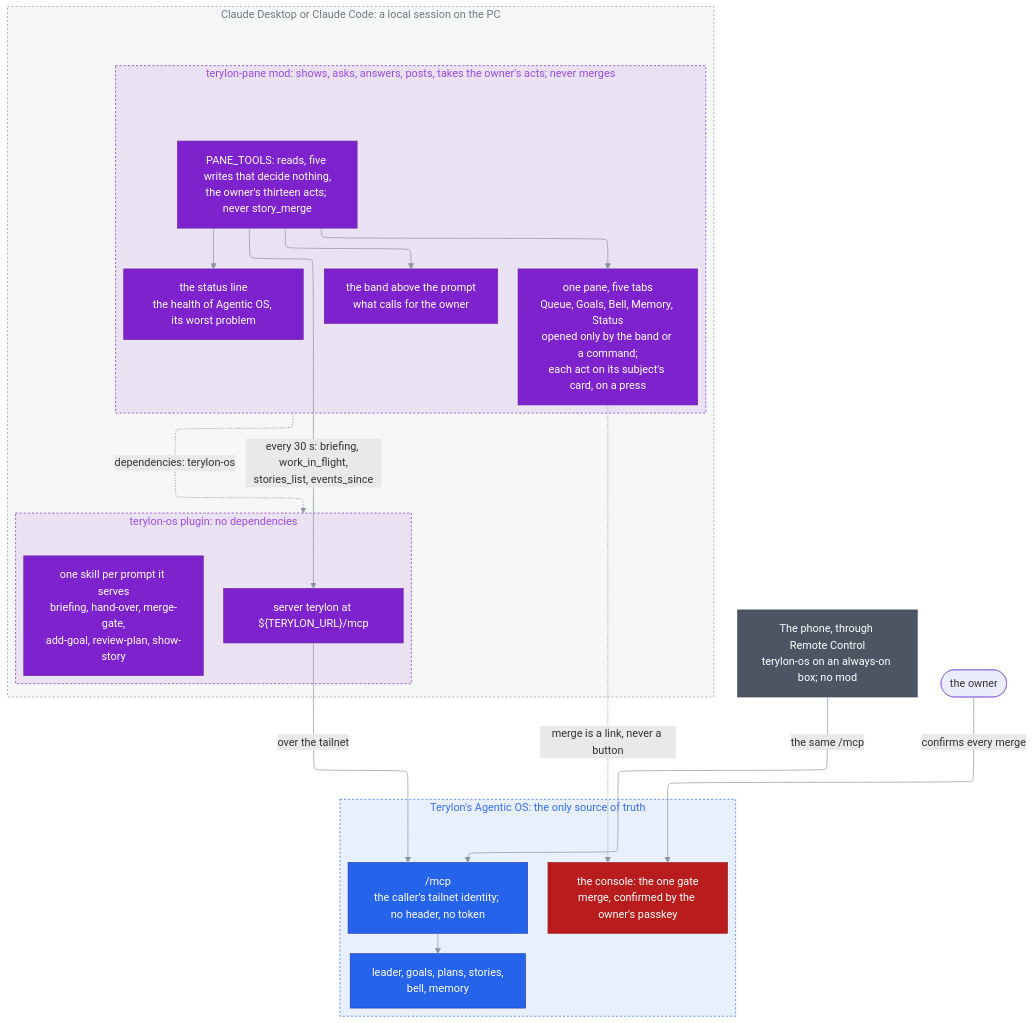
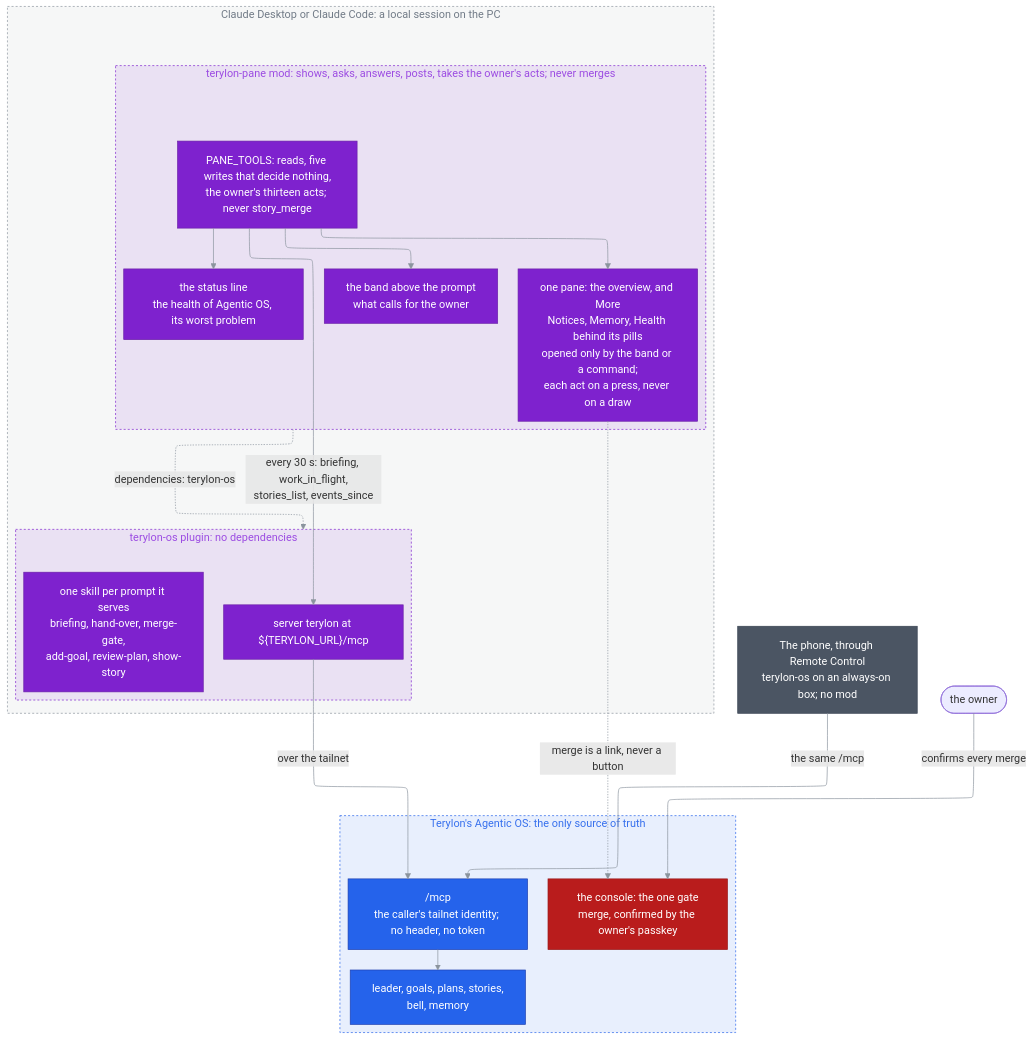
Before and after one commit to janecekvit/terylon-marketplace: the second of 2 diagrams in docs/architecture/README.md, drawn with Mermaid. The commit also changed 12 other files, not shown here.

Commit message:
terylon-pane 1.19.0: the overview, goal roads and More in place of the five tabs

````diff
--- a/docs/architecture/README.md
+++ b/docs/architecture/README.md
@@ -107,72 +107,72 @@
 ```mermaid
 flowchart TD
 %%{init: {"layout": "elk", "flowchart": {"padding": 16}}}%%
 %% terylon-os and its mod terylon-pane: how a session reaches Terylon's Agentic OS, the owner's
 %% acts the pane takes on their cards, and why merge, the one gate, stays in the console.
 %% The source of truth is this block: edit it here; nothing is generated from it.
 %% Why every surface goes through the one /mcp: one-source-of-truth-reached-from-two-places.md.
     %% One colour per kind, the palette of .claude/rules/markdown.md: Terylon's own plugins (purple),
     %% Agentic OS (blue), the gate (red), the phone (grey); the owner takes the theme's.
     %% No theme is set, so GitHub draws the block in its light or dark theme.
     classDef terylon fill:#7E22CE,stroke:#6B21A8,color:#FFFFFF
     classDef service fill:#2563EB,stroke:#1E40AF,color:#FFFFFF
     classDef gate fill:#B91C1C,stroke:#991B1B,color:#FFFFFF
     classDef external fill:#4B5563,stroke:#374151,color:#FFFFFF
 
     subgraph session ["Claude Desktop or Claude Code: a local session on the PC"]
         subgraph os ["terylon-os plugin: no dependencies"]
             %% The variable is drawn as written: Mermaid substitutes nothing inside a label.
             server["server terylon at ${TERYLON_URL}/mcp"]:::terylon
             skills["`one skill per prompt it serves
 briefing, hand-over, merge-gate,
 add-goal, review-plan, show-story`"]:::terylon
         end
 
         subgraph pane ["terylon-pane mod: shows, asks, answers, posts, takes the owner's acts; never merges"]
             allowList["`PANE_TOOLS: reads, five writes that decide nothing,
 the owner's thirteen acts; never story_merge`"]:::terylon
             band["`the band above the prompt
 what calls for the owner`"]:::terylon
             statusLine["`the status line
 the health of Agentic OS, its worst problem`"]:::terylon
-            tabs["`one pane, five tabs
-Queue, Goals, Bell, Memory, Status
+            tabs["`one pane: the overview, and More
+Notices, Memory, Health behind its pills
 opened only by the band or a command;
-each act on its subject's card, on a press`"]:::terylon
+each act on a press, never on a draw`"]:::terylon
         end
     end
 
     phone["`The phone, through Remote Control
 terylon-os on an always-on box; no mod`"]:::external
 
     subgraph terylon ["Terylon's Agentic OS: the only source of truth"]
         mcp["`/mcp
 the caller's tailnet identity; no header, no token`"]:::service
         leader["`leader, goals, plans, stories,
 bell, memory`"]:::service
         console["`the console: the one gate
 merge, confirmed by the owner's passkey`"]:::gate
     end
 
     %% No class: the theme colours the owner, so it stays readable in light and dark mode alike.
     person(["the owner"])
 
     pane -.->|"dependencies: terylon-os"| os
     server -->|"over the tailnet"| mcp
     allowList -->|"`every 30 s: briefing, work_in_flight,
 stories_list, events_since`"| server
     allowList --> band
     allowList --> statusLine
     allowList --> tabs
     tabs -.->|"merge is a link, never a button"| console
     phone -->|"the same /mcp"| mcp
     mcp --> leader
     person -->|"confirms every merge"| console
 
     %% The session is the large area, so its fill is the fainter 14.
     style session fill:#8B949E14,stroke:#8B949E,color:#717B87,stroke-dasharray:3 3
     style os fill:#7E22CE1A,stroke:#7E22CE,color:#9C4CE2,stroke-dasharray:3 3
     style pane fill:#7E22CE1A,stroke:#7E22CE,color:#9C4CE2,stroke-dasharray:3 3
     style terylon fill:#2563EB1A,stroke:#2563EB,color:#3770ED,stroke-dasharray:3 3
     linkStyle default stroke:#8B949E
 ```
````
